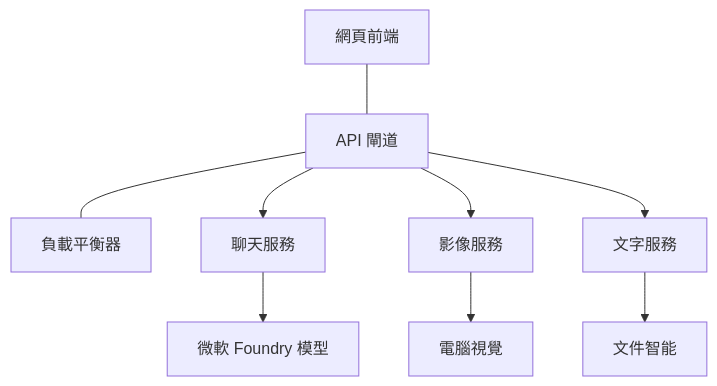
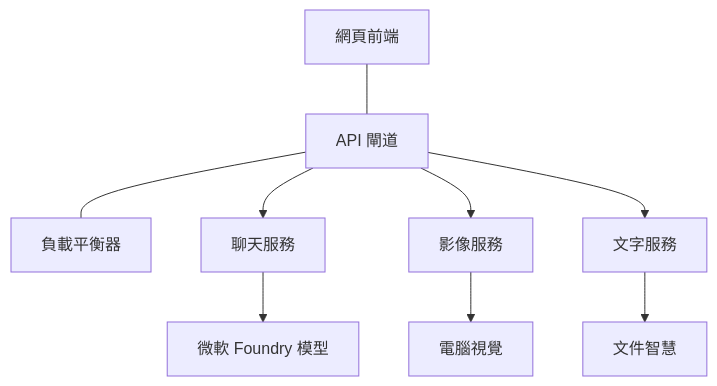
Before and after one commit to microsoft/AZD-for-beginners: the diagram in translations/zh-TW/docs/chapter-08-production/production-ai-practices.md, drawn with Mermaid. The commit also changed other lines of this file and 104 other files, not shown here.

````diff
--- a/translations/zh-TW/docs/chapter-08-production/production-ai-practices.md
+++ b/translations/zh-TW/docs/chapter-08-production/production-ai-practices.md
@@ -30,10 +30,10 @@
 ```mermaid
 graph TD
     Frontend[網頁前端] --- Gateway[API 閘道] --- LB[負載平衡器]
     Gateway --> Chat[聊天服務]
     Gateway --> Image[影像服務]
     Gateway --> Text[文字服務]
     Chat --> OpenAI[微軟 Foundry 模型]
     Image --> Vision[電腦視覺]
-    Text --> DocIntel[文件智能]
+    Text --> DocIntel[文件智慧]
 ```
````
